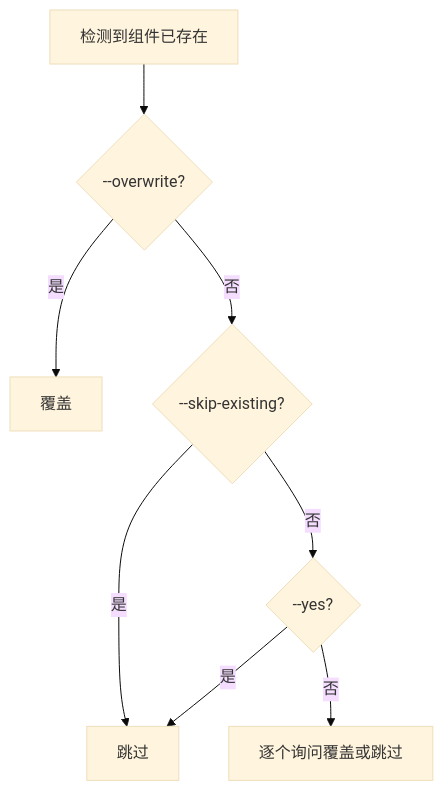
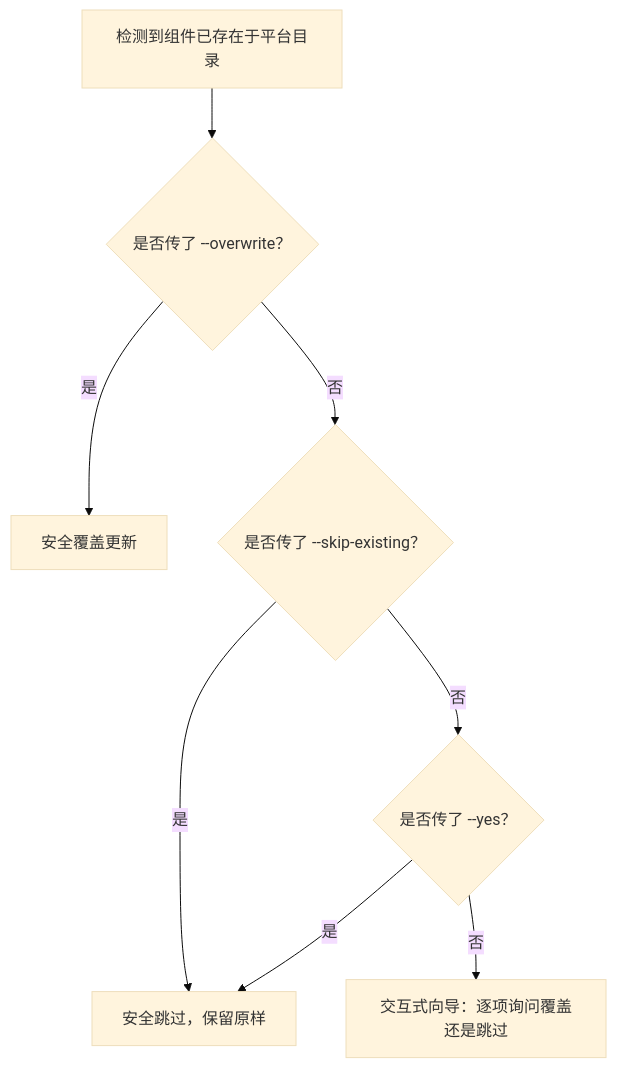
One commit to rpamis/comet-website-docs changed the first of 2 diagrams in zh/guides/existing-project.mdx. Above: the diagram before and after it, drawn with Mermaid (base theme). The commit also changed other lines of this file and 76 other files, not shown here.

````diff
--- a/zh/guides/existing-project.mdx
+++ b/zh/guides/existing-project.mdx
@@ -38,10 +40,10 @@
 ```mermaid
 flowchart TD
-  A["检测到组件已存在"] --> B{"--overwrite?"}
-  B -->|是| C["覆盖"]
-  B -->|否| D{"--skip-existing?"}
-  D -->|是| E["跳过"]
-  D -->|否| F{"--yes?"}
+  A["检测到组件已存在于平台目录"] --> B{"是否传了 --overwrite？"}
+  B -->|是| C["安全覆盖更新"]
+  B -->|否| D{"是否传了 --skip-existing？"}
+  D -->|是| E["安全跳过，保留原样"]
+  D -->|否| F{"是否传了 --yes？"}
   F -->|是| E
-  F -->|否| G["逐个询问覆盖或跳过"]
+  F -->|否| G["交互式向导：逐项询问覆盖还是跳过"]
 ```
````
